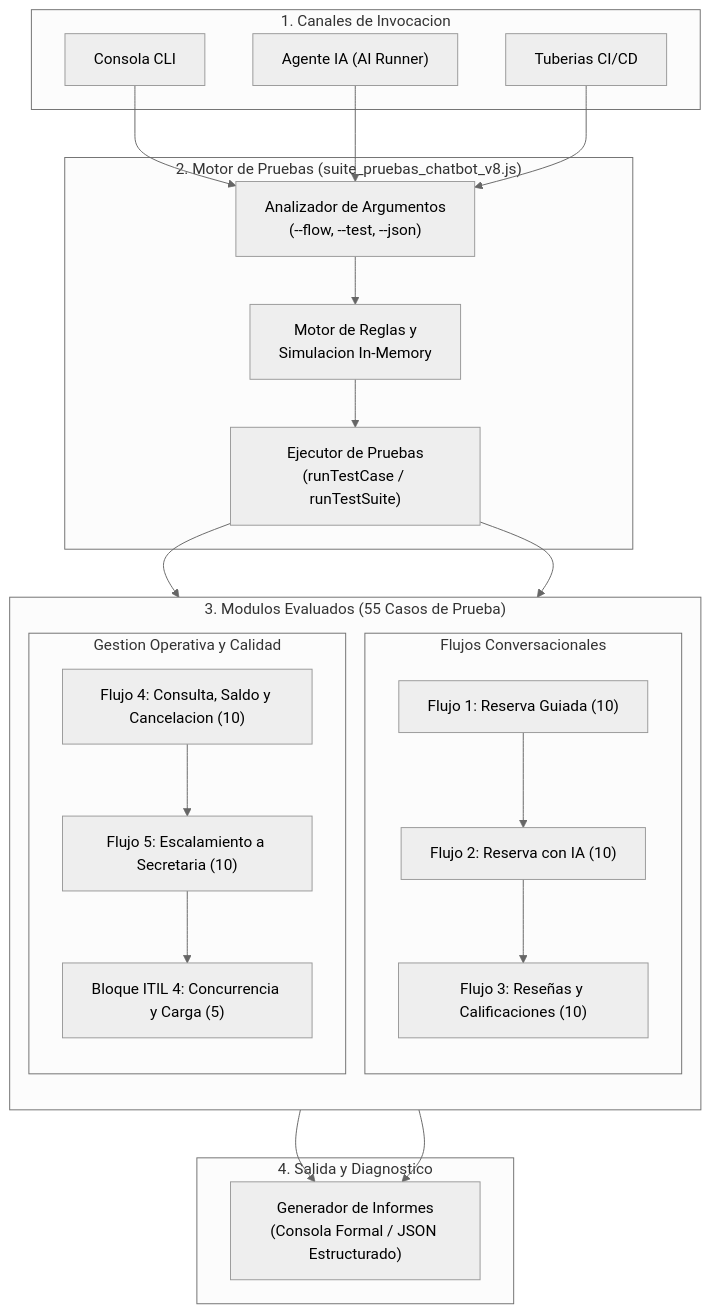
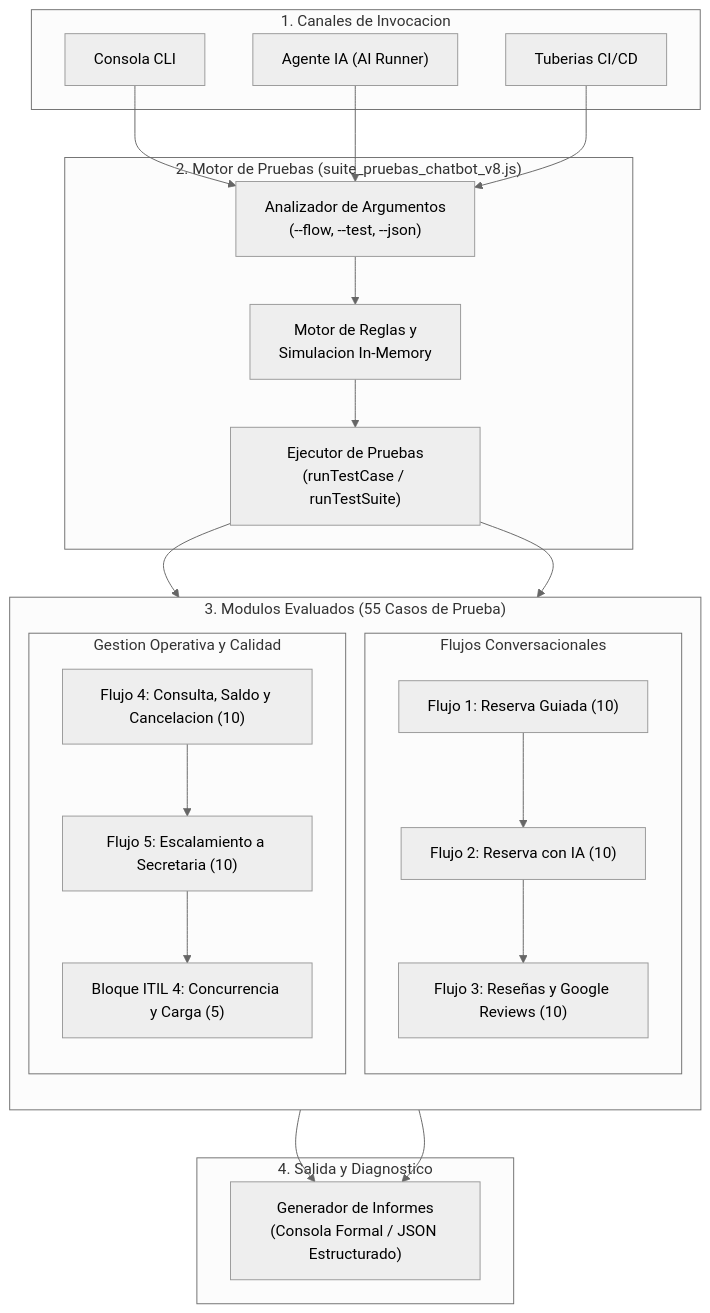
Before and after one commit to JuanJarias/SatoriPMS: the diagram in tests/chatbot/README.md, drawn with Mermaid (neutral theme). The commit also changed other lines of this file and 40 other files, not shown here.

Commit message:
feat(v9): consolidate chatbot V9 with Wompi, unified IA/manual flows, live Google reviews and updated tests

````diff
--- a/tests/chatbot/README.md
+++ b/tests/chatbot/README.md
@@ -46,43 +46,43 @@
 ```mermaid
 flowchart TD
     subgraph Canales ["1. Canales de Invocacion"]
         CLI["Consola CLI"]
         AI["Agente IA (AI Runner)"]
         CI["Tuberias CI/CD"]
     end
 
     subgraph Orquestador ["2. Motor de Pruebas (suite_pruebas_chatbot_v8.js)"]
         Parser["Analizador de Argumentos\n(--flow, --test, --json)"]
         Engine["Motor de Reglas y\nSimulacion In-Memory"]
         Runner["Ejecutor de Pruebas\n(runTestCase / runTestSuite)"]
         Parser --> Engine --> Runner
     end
 
     subgraph Modulos ["3. Modulos Evaluados (55 Casos de Prueba)"]
         direction TB
         subgraph Col1 ["Flujos Conversacionales"]
             F1["Flujo 1: Reserva Guiada (10)"]
             F2["Flujo 2: Reserva con IA (10)"]
-            F3["Flujo 3: Reseñas y Calificaciones (10)"]
+            F3["Flujo 3: Reseñas y Google Reviews (10)"]
             F1 --> F2 --> F3
         end
         subgraph Col2 ["Gestion Operativa y Calidad"]
             F4["Flujo 4: Consulta, Saldo y Cancelacion (10)"]
             F5["Flujo 5: Escalamiento a Secretaria (10)"]
             FITIL["Bloque ITIL 4: Concurrencia y Carga (5)"]
             F4 --> F5 --> FITIL
         end
     end
 
     subgraph Salida ["4. Salida y Diagnostico"]
         ReportGen["Generador de Informes\n(Consola Formal / JSON Estructurado)"]
     end
 
     CLI --> Parser
     AI --> Parser
     CI --> Parser
     Runner --> F1
     Runner --> F4
     F3 --> ReportGen
     FITIL --> ReportGen
 ```
````
